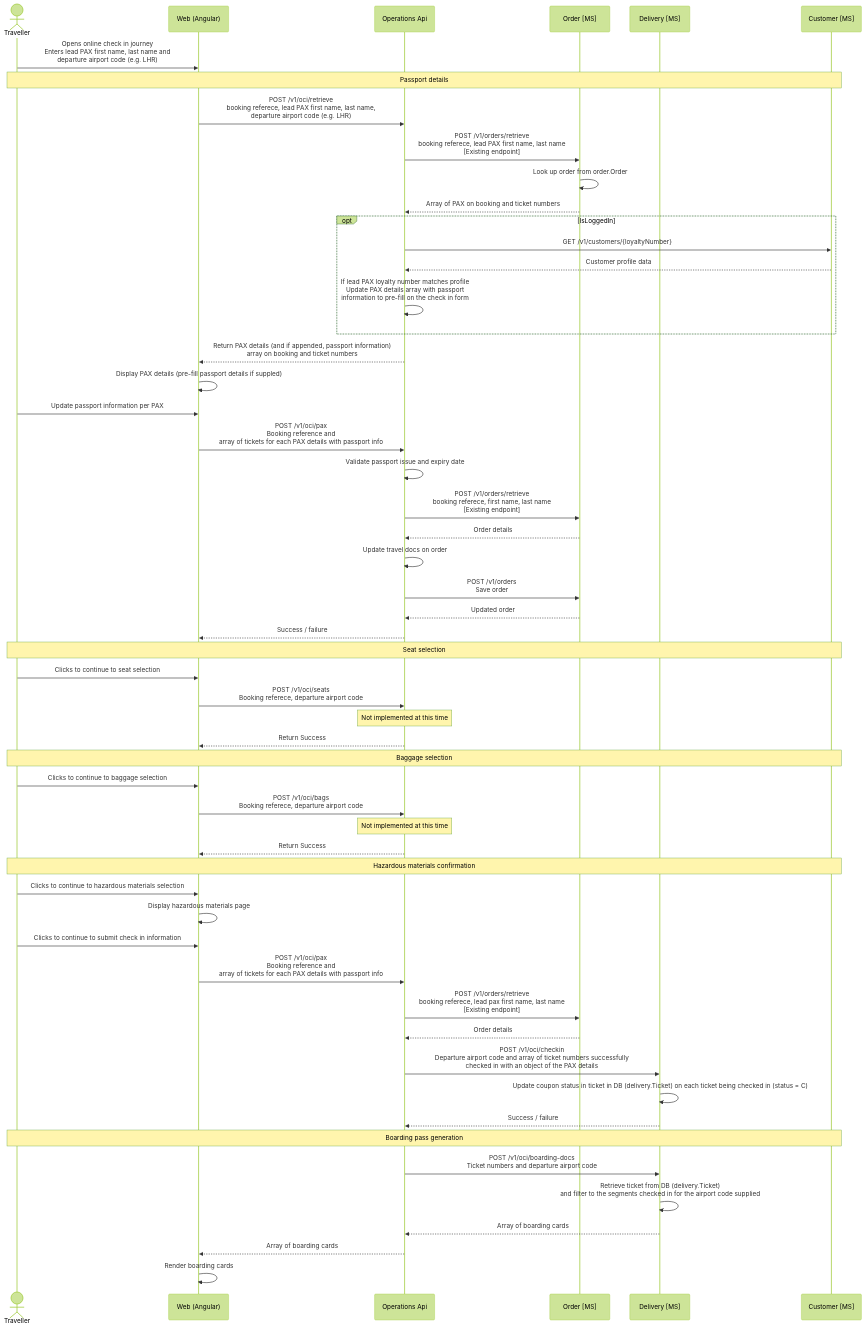
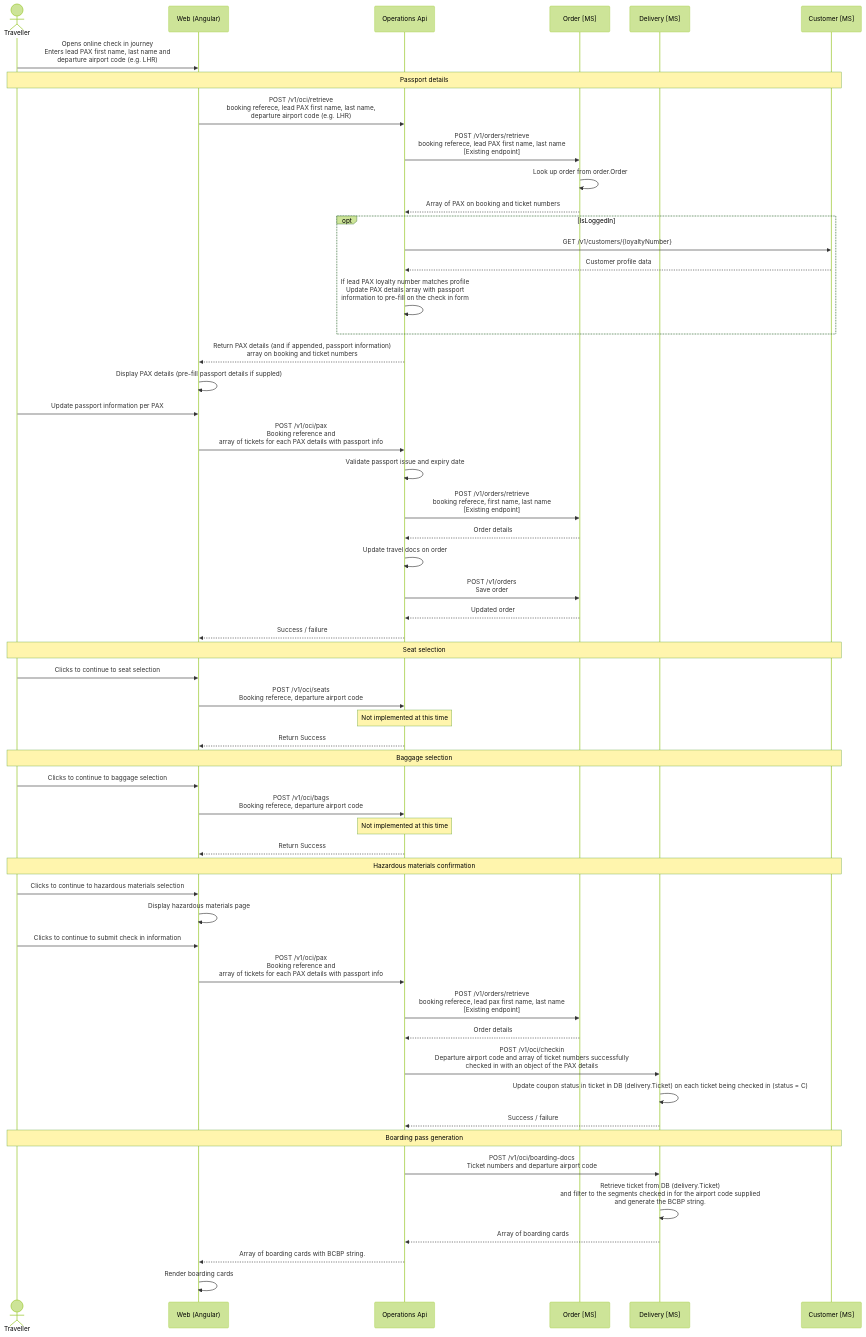
The diagram in documentation/design/check-in.md (sebharvey/airline-reservation-system), drawn with Mermaid (forest theme) before and after one commit. The commit also changed other lines of this file, not shown here.

````diff
--- a/documentation/design/check-in.md
+++ b/documentation/design/check-in.md
@@ -83,10 +83,10 @@
     Note over Traveller, CustomerMS: Boarding pass generation
 
     OperationsApi ->> DeliveryMS: POST /v1/oci/boarding-docs <br /> Ticket numbers and departure airport code
-    DeliveryMS ->> DeliveryMS: Retrieve ticket from DB (delivery.Ticket) <br /> and filter to the segments checked in for the airport code supplied
+    DeliveryMS ->> DeliveryMS: Retrieve ticket from DB (delivery.Ticket) <br /> and filter to the segments checked in for the airport code supplied <br /> and generate the BCBP string.
     DeliveryMS -->> OperationsApi: Array of boarding cards 
 
-    OperationsApi -->> Web: Array of boarding cards
+    OperationsApi -->> Web: Array of boarding cards with BCBP string.
 
     Web ->> Web: Render boarding cards
 ```
````
